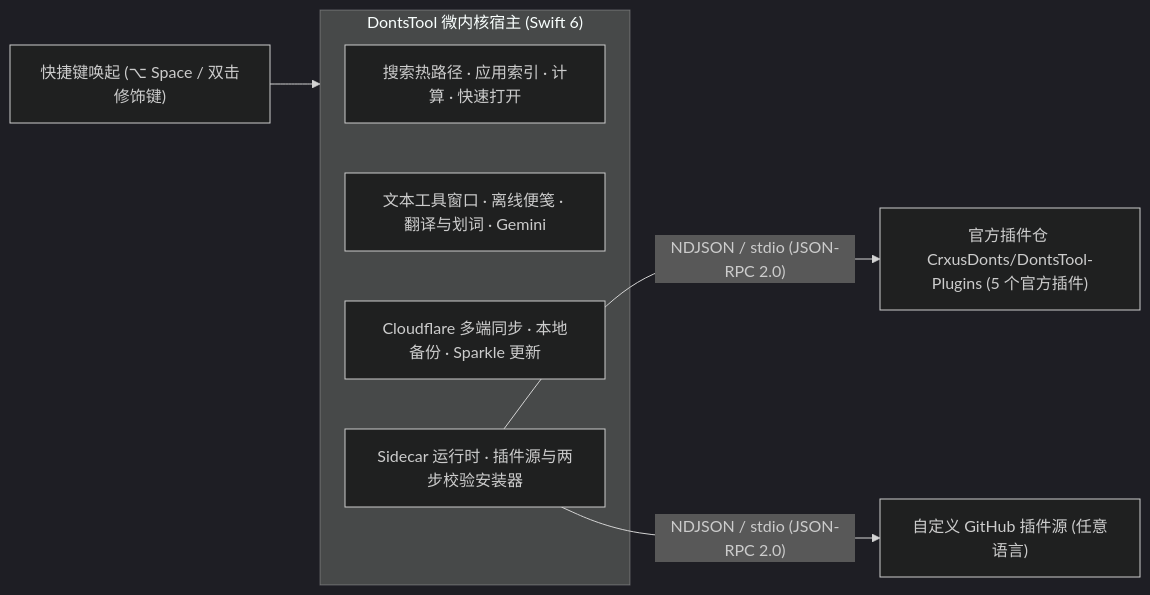
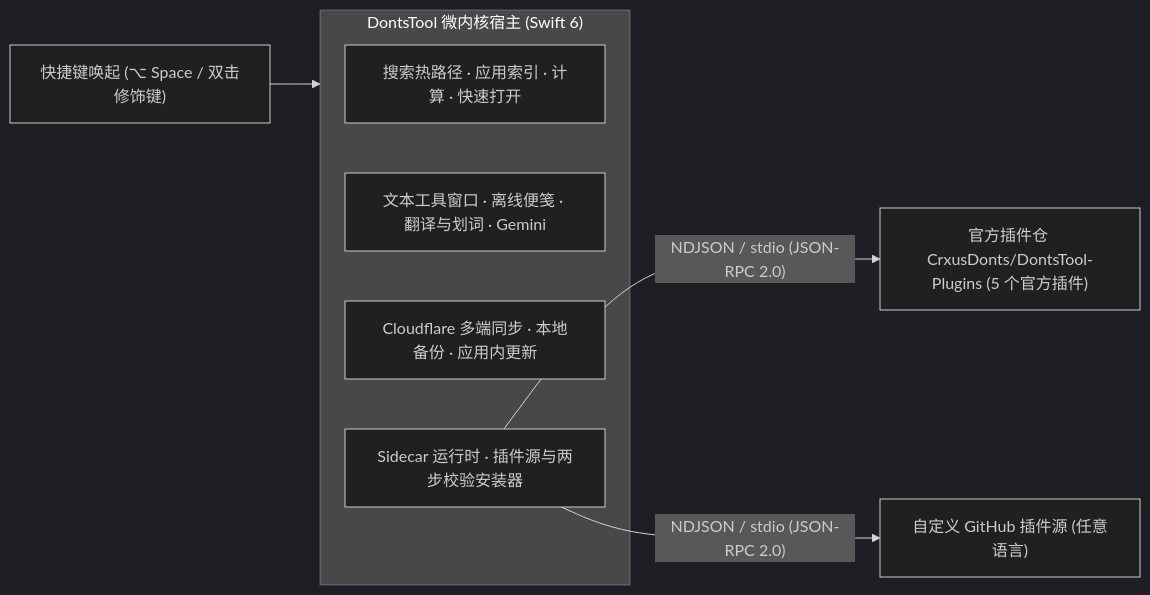
The diagram in README.md (CrxusDonts/DontsTool), drawn with Mermaid (dark theme) before and after one commit. The commit also changed other lines of this file and 6 other files, not shown here.

````diff
--- a/README.md
+++ b/README.md
@@ -61,14 +56,14 @@
 ```mermaid
 flowchart LR
     Trigger["快捷键唤起 (⌥ Space / 双击修饰键)"] --> Host
 
     subgraph Host["DontsTool 微内核宿主 (Swift 6)"]
         Core["搜索热路径 · 应用索引 · 计算 · 快速打开"]
         Workspace["文本工具窗口 · 离线便笺 · 翻译与划词 · Gemini"]
-        Sync["Cloudflare 多端同步 · 本地备份 · Sparkle 更新"]
+        Sync["Cloudflare 多端同步 · 本地备份 · 应用内更新"]
         Runtime["Sidecar 运行时 · 插件源与两步校验安装器"]
     end
 
     Runtime -->|"NDJSON / stdio (JSON-RPC 2.0)"| Official["官方插件仓 CrxusDonts/DontsTool-Plugins (5 个官方插件)"]
     Runtime -->|"NDJSON / stdio (JSON-RPC 2.0)"| Custom["自定义 GitHub 插件源 (任意语言)"]
 ```
````
